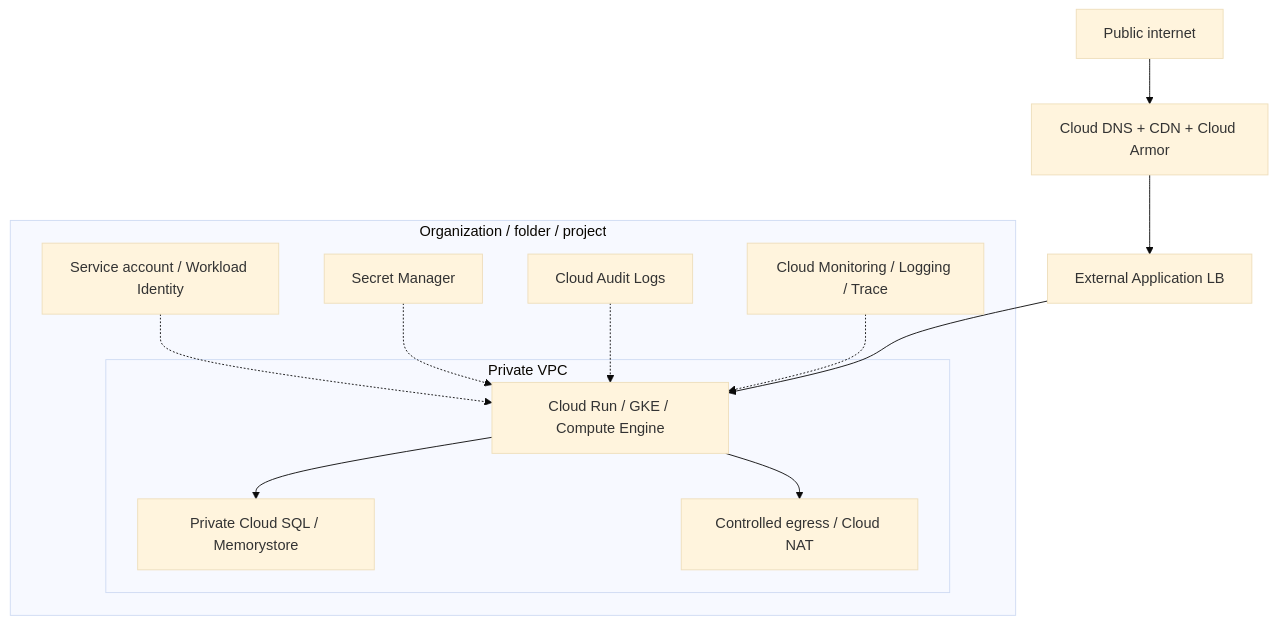
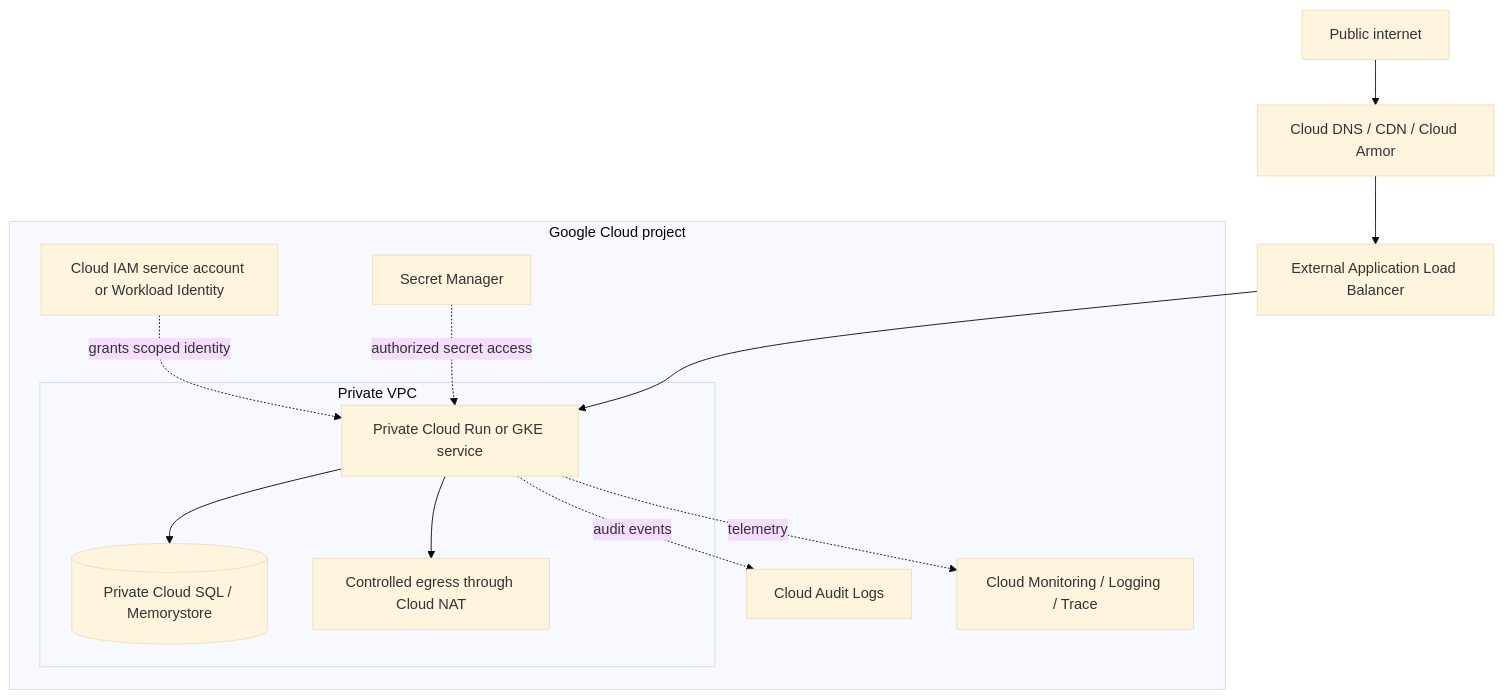
The fifth of 7 diagrams in cloud_architecture/gcp_reference_architecture.md (luckyhegde6/HLD_patterns), drawn with Mermaid (base theme) before and after one commit. The commit also changed other lines of this file, not shown here.

Commit message:
docs: fix GCP reference Mermaid and complete trust and scaling sections

````diff
--- a/cloud_architecture/gcp_reference_architecture.md
+++ b/cloud_architecture/gcp_reference_architecture.md
@@ -125,19 +134,23 @@
 ```mermaid
 flowchart TB
-  INTERNET[Public internet] --> EDGE[Cloud DNS + CDN + Cloud Armor]
-  EDGE --> LB[External Application LB]
-  subgraph ORG[Organization / folder / project]
+  INTERNET[Public internet] --> EDGE[Cloud DNS / CDN / Cloud Armor]
+  EDGE --> LB[External Application Load Balancer]
+  subgraph PROJECT[Google Cloud project]
     subgraph VPC[Private VPC]
-      APP[Cloud Run / GKE / Compute Engine]
-      DATA[Private Cloud SQL / Memorystore]
+      APP[Private Cloud Run or GKE service]
+      DATA[(Private Cloud SQL / Memorystore)]
+      EGRESS[Controlled egress through Cloud NAT]
       APP --> DATA
-      NAT[Controlled egress / Cloud NAT]
-      APP --> NAT
+      APP --> EGRESS
     end
-    SA[Service account / Workload Identity] -.-> APP
-    SM[Secret Manager] -.-> APP
-    AUDIT[Cloud Audit Logs] -.-> APP
-    MON[Cloud Monitoring / Logging / Trace] -.-> APP
+    IDENTITY[Cloud IAM service account or Workload Identity]
+    SECRETS[Secret Manager]
+    AUDIT[Cloud Audit Logs]
+    OBS[Cloud Monitoring / Logging / Trace]
+    IDENTITY -. grants scoped identity .-> APP
+    SECRETS -. authorized secret access .-> APP
+    APP -. audit events .-> AUDIT
+    APP -. telemetry .-> OBS
   end
   LB --> APP
 ```
````
